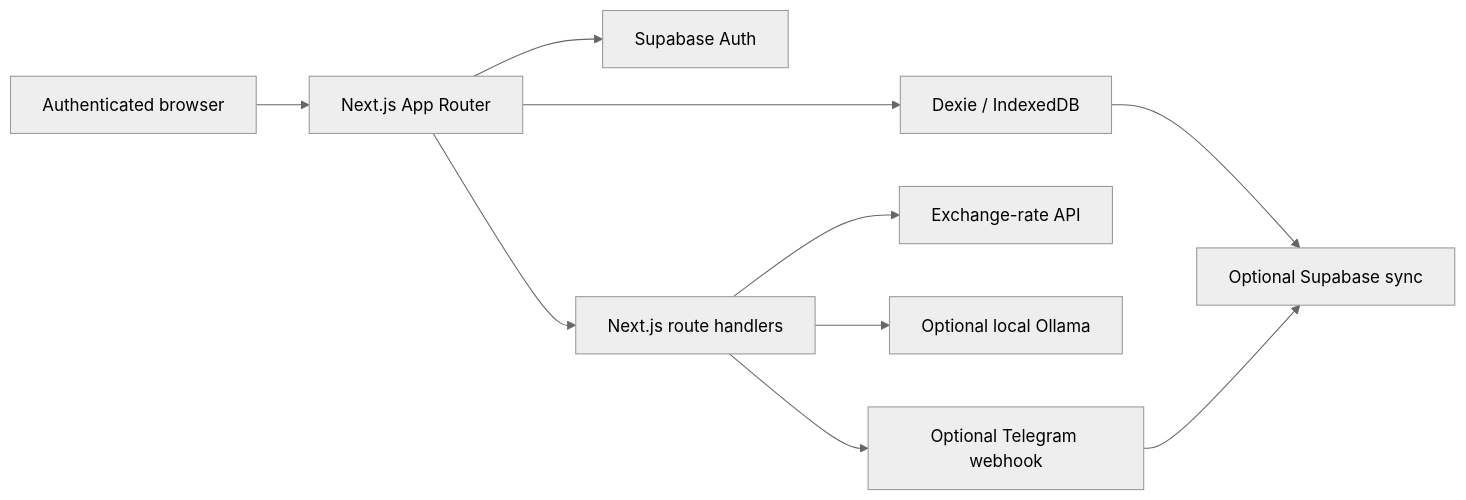
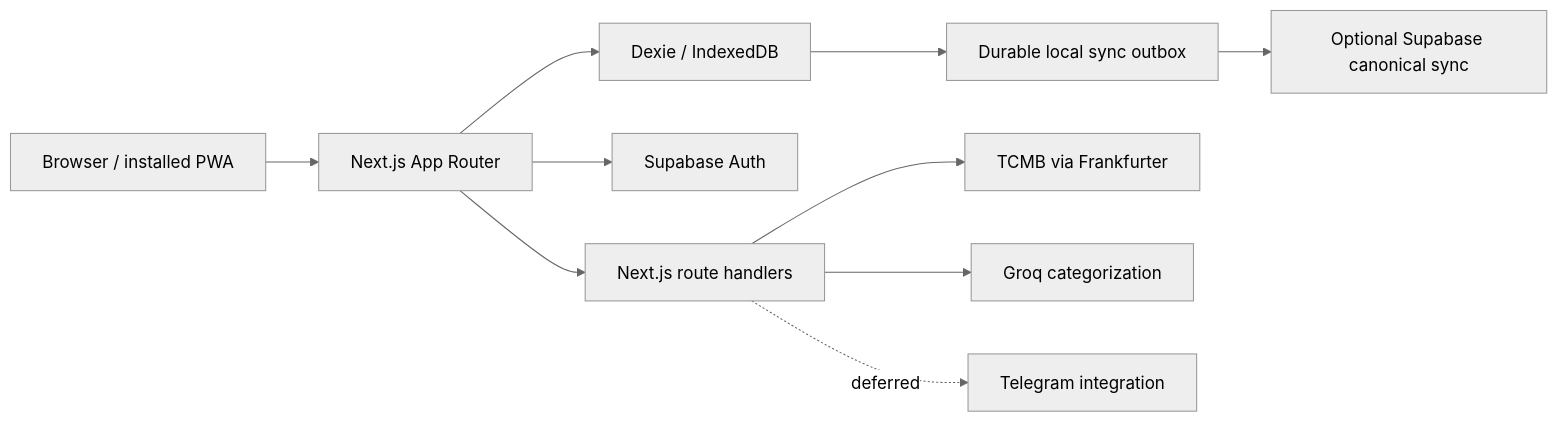
The diagram in README.md (AFR0011/TapTrack), drawn with Mermaid (neutral theme) before and after one commit. The commit also changed other lines of this file, not shown here.

Commit message:
Refresh README for current TapTrack architecture

````diff
--- a/README.md
+++ b/README.md
@@ -21,12 +21,12 @@
 ```mermaid
 flowchart LR
-    U[Authenticated browser] --> A[Next.js App Router]
+    U[Browser / installed PWA] --> A[Next.js App Router]
     A --> D[Dexie / IndexedDB]
     A --> S[Supabase Auth]
-    D --> Y[Optional Supabase sync]
+    D --> Q[Durable local sync outbox]
+    Q --> Y[Optional Supabase canonical sync]
     A --> R[Next.js route handlers]
-    R --> E[Exchange-rate API]
-    R --> O[Optional local Ollama]
-    R --> T[Optional Telegram webhook]
-    T --> Y
+    R --> F[TCMB via Frankfurter]
+    R --> G[Groq categorization]
+    R -. deferred .-> T[Telegram integration]
 ```
````
